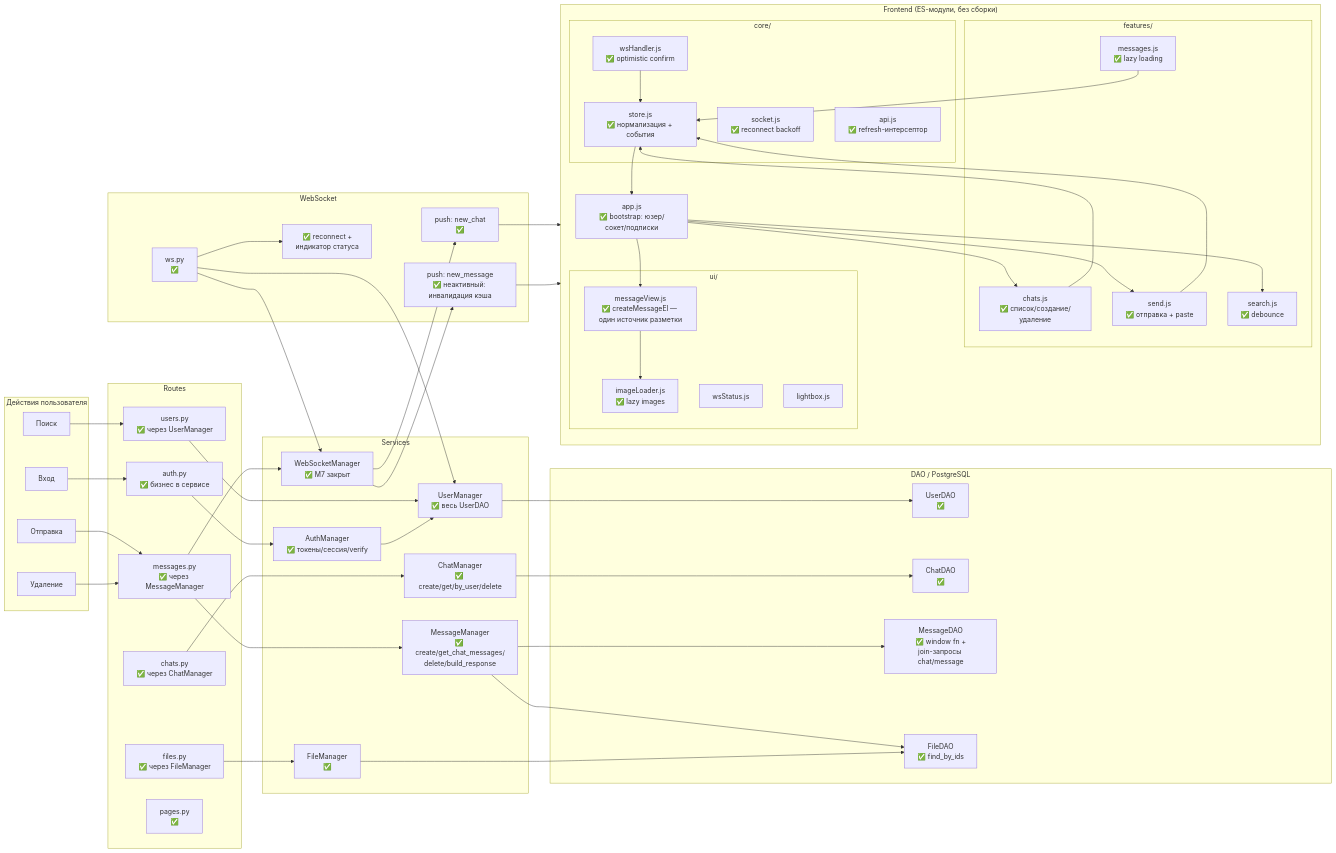
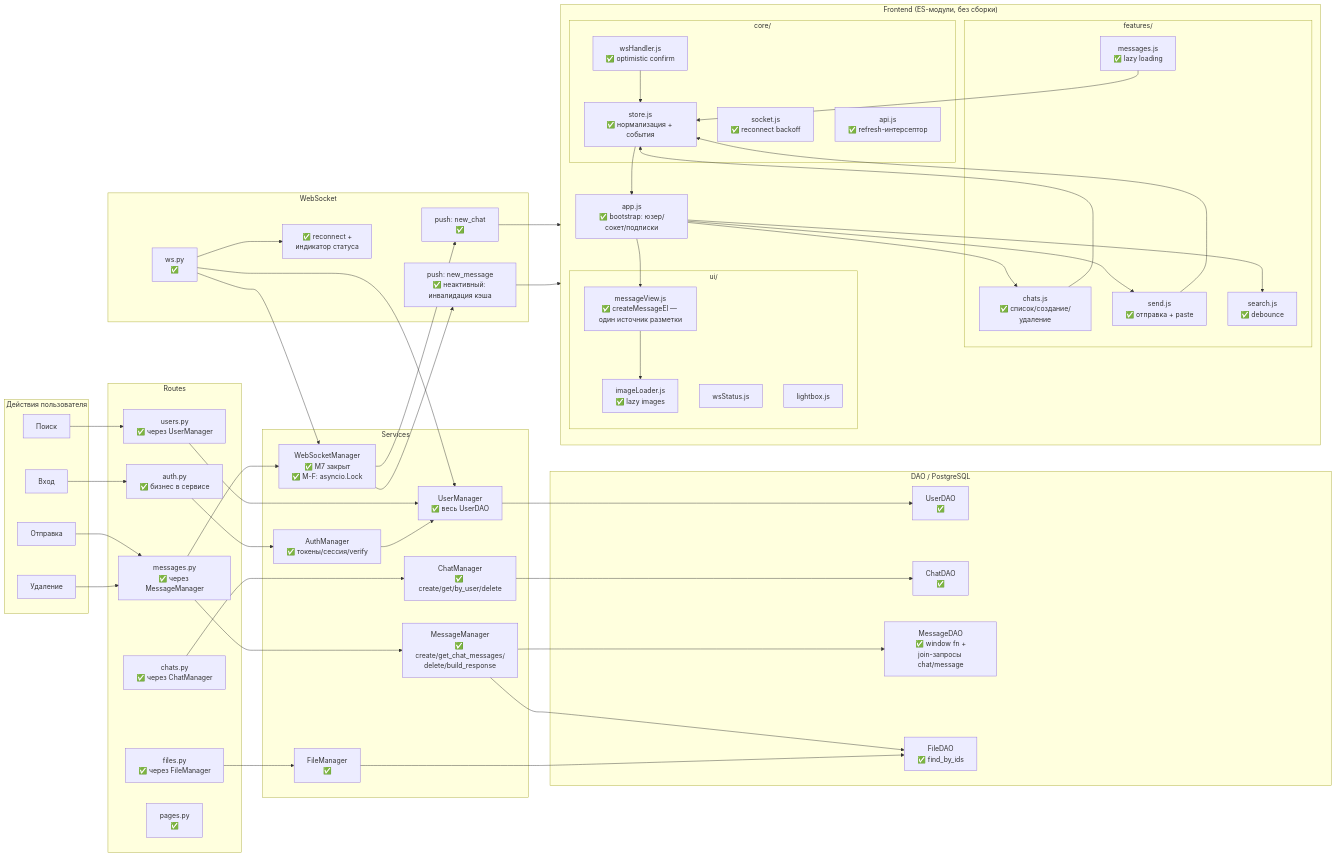
The first of 6 diagrams in docs/architecture.md (ITouch228/fastapi-realtime-messenger), drawn with Mermaid before and after one commit. The commit also changed other lines of this file and 37 other files, not shown here.

```diff
--- a/docs/architecture.md
+++ b/docs/architecture.md
@@ -40,7 +40,7 @@
         CMGR[ChatManager<br/>✅ create/get/by_user/delete]
         MMGR[MessageManager<br/>✅ create/get_chat_messages/<br/>delete/build_response]
         FMGR[FileManager<br/>✅]
-        WSMGR[WebSocketManager<br/>✅ M7 закрыт]
+        WSMGR[WebSocketManager<br/>✅ M7 закрыт<br/>✅ M-F: asyncio.Lock]
     end
 
     subgraph DAO["DAO / PostgreSQL"]
```
